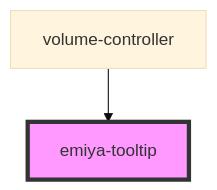
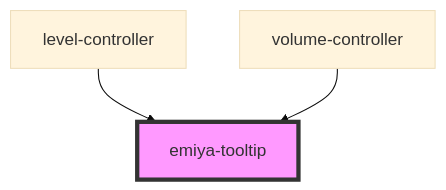
One commit to emiyalee1005/emiya-video changed the diagram in src/components/emiya-tooltip/readme.md. Above: the diagram before and after it, drawn with Mermaid (base theme). The commit also changed other lines of this file and 5 other files, not shown here.

````diff
--- a/src/components/emiya-tooltip/readme.md
+++ b/src/components/emiya-tooltip/readme.md
@@ -30,5 +25,6 @@
 ```mermaid
 graph TD;
+  level-controller --> emiya-tooltip
   volume-controller --> emiya-tooltip
   style emiya-tooltip fill:#f9f,stroke:#333,stroke-width:4px
 ```
````
